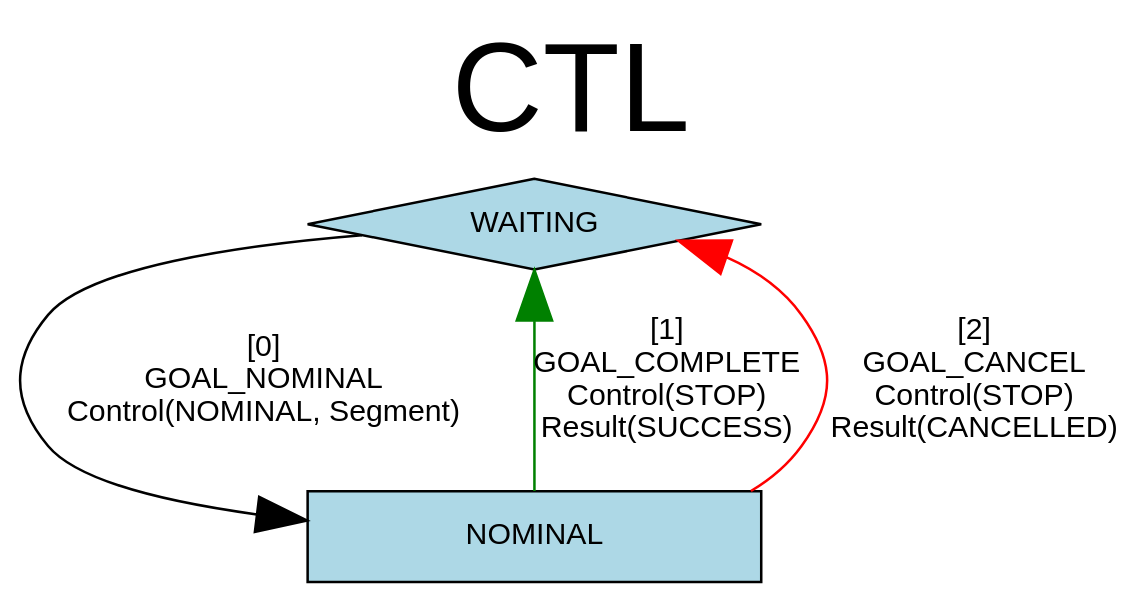
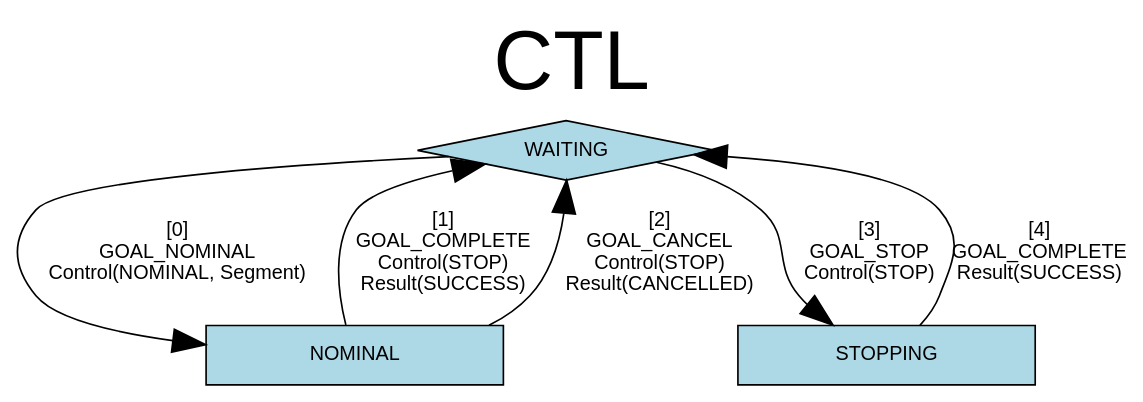
The diagram in gnc/ctl/statemachine.dot (nasa/astrobee), drawn with Graphviz before and after one commit. The commit also changed 473 other files, not shown here.

```diff
--- a/gnc/ctl/statemachine.dot
+++ b/gnc/ctl/statemachine.dot
@@ -1,22 +1,27 @@
 # dot -Tpdf statemachine.dot -o statemachine.pdf
 digraph G {
   graph [label="CTL\n", labelloc=t, fontsize=50];
   size="11.7,8.3!";
   node [shape=box, width=2.5, fontsize=12, fontname="helvetica"];
   edge [arrowsize=2, weight=2., fontsize=12, fontname="helvetica"];
   fontname = "helvetica";
 
   node [shape=diamond, style=filled, fillcolor=lightblue, color=black];
   WAITING;
 
   node [shape=box, style=filled, fillcolor=lightblue, color=black];
   NOMINAL;
 
   # Actions
   WAITING -> NOMINAL
     [label="[0]\nGOAL_NOMINAL\nControl(NOMINAL, Segment)", color=black];
   NOMINAL -> WAITING
-    [label="[1]\nGOAL_COMPLETE\nControl(STOP)\nResult(SUCCESS)", color=green];
+    [label="[1]\nGOAL_COMPLETE\nControl(STOP)\nResult(SUCCESS)", color=black];
   NOMINAL -> WAITING
-    [label="[2]\nGOAL_CANCEL\nControl(STOP)\nResult(CANCELLED)", color=red];
+    [label="[2]\nGOAL_CANCEL\nControl(STOP)\nResult(CANCELLED)", color=black];
+  WAITING -> STOPPING
+    [label="[3]\nGOAL_STOP\nControl(STOP)", color=black];
+  STOPPING -> WAITING
+   [label="[4]\nGOAL_COMPLETE\nResult(SUCCESS)", color=black];
+
 }
```
